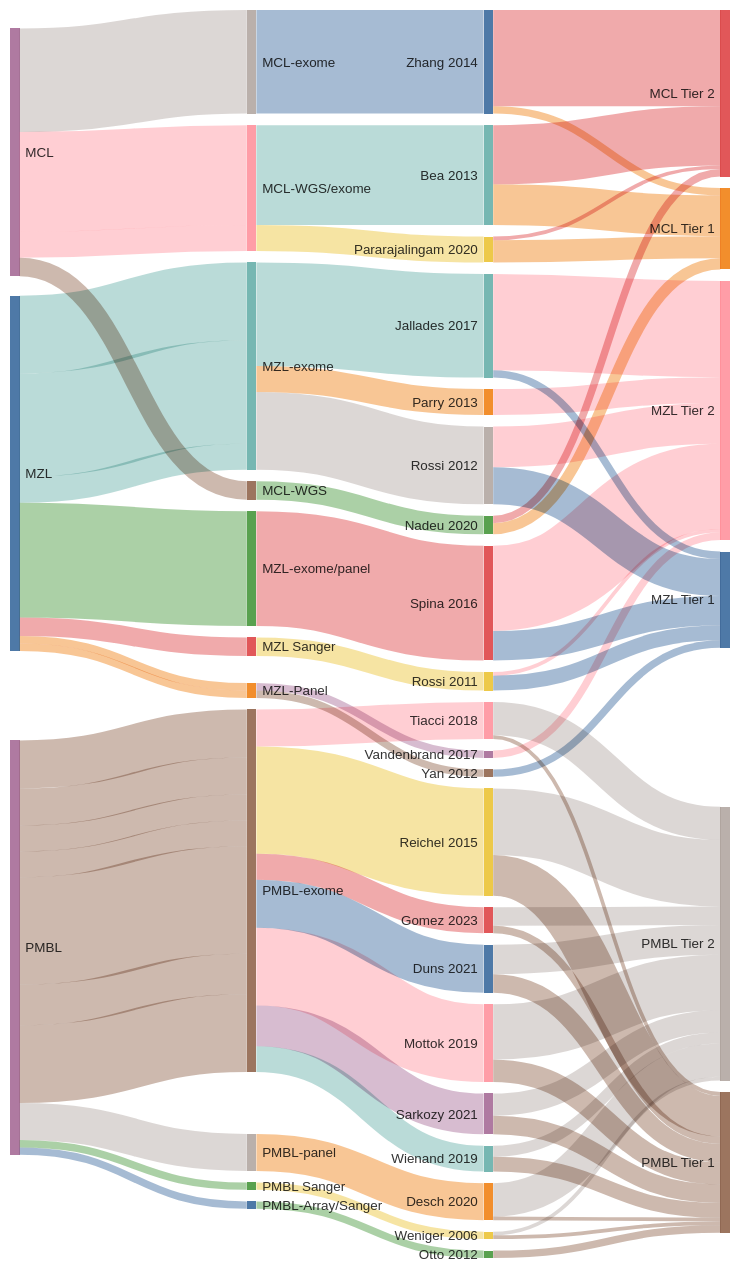
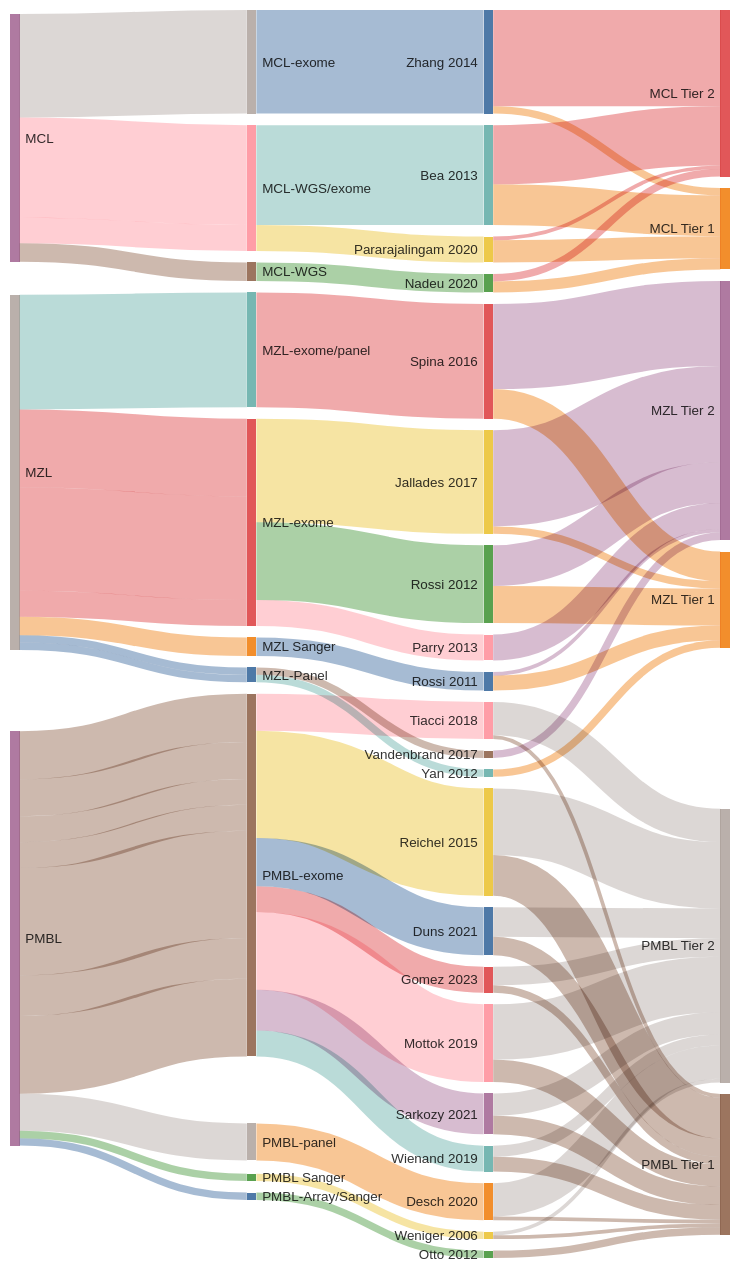
Before and after one commit to morinlab/lymphopedia: the second of 2 diagrams in Home.md, drawn with Mermaid.

```diff
--- a/Home.md
+++ b/Home.md
@@ -178,6 +178,17 @@
 MCL-WGS, Nadeu 2020, 5
 MCL, MCL-exome, 28
 MCL-exome, Zhang 2014, 28
+Rossi 2011, MZL Tier 1, 4
+Spina 2016, MZL Tier 1, 8
+Yan 2012, MZL Tier 1, 2
+Rossi 2012, MZL Tier 1, 10
+Jallades 2017, MZL Tier 1, 2
+Rossi 2012, MZL Tier 2, 11
+Parry 2013, MZL Tier 2, 7
+Spina 2016, MZL Tier 2, 23
+Vandenbrand 2017, MZL Tier 2, 2
+Jallades 2017, MZL Tier 2, 26
+Rossi 2011, MZL Tier 2, 1
 MZL, MZL-Panel, 2
 MZL, MZL-Panel, 2
 MZL, MZL Sanger, 5
@@ -186,29 +197,17 @@
 MZL, MZL-exome, 7
 MZL, MZL-exome/panel, 31
 MZL Sanger, Rossi 2011, 5
-Vandenbrand 2017, MZL Tier 2, 2
 
 MZL-Panel, Vandenbrand 2017, 2
+MZL-Panel, Yan 2012, 2
 
-MZL-Panel, Yan 2012, 2
-Rossi 2012, MZL Tier 1, 10
-Rossi 2012, MZL Tier 2, 11
-Yan 2012, MZL Tier 1, 2
-Parry 2013, MZL Tier 2, 7
-Spina 2016, MZL Tier 1, 8
-Spina 2016, MZL Tier 2, 23
-Jallades 2017, MZL Tier 1, 2
-Jallades 2017, MZL Tier 2, 26
-Rossi 2011, MZL Tier 1, 4
-Rossi 2011, MZL Tier 2, 1
 
 MZL-exome, Jallades 2017, 28
-
 MZL-exome/panel, Spina 2016, 31
 
 MZL-exome, Rossi 2012, 21
+MZL-exome, Parry 2013, 7
 
-MZL-exome, Parry 2013, 7
 PMBL Sanger, Weniger 2006, 2
 PMBL, PMBL Sanger, 2
 Tiacci 2018, PMBL Tier 1, 1
```
